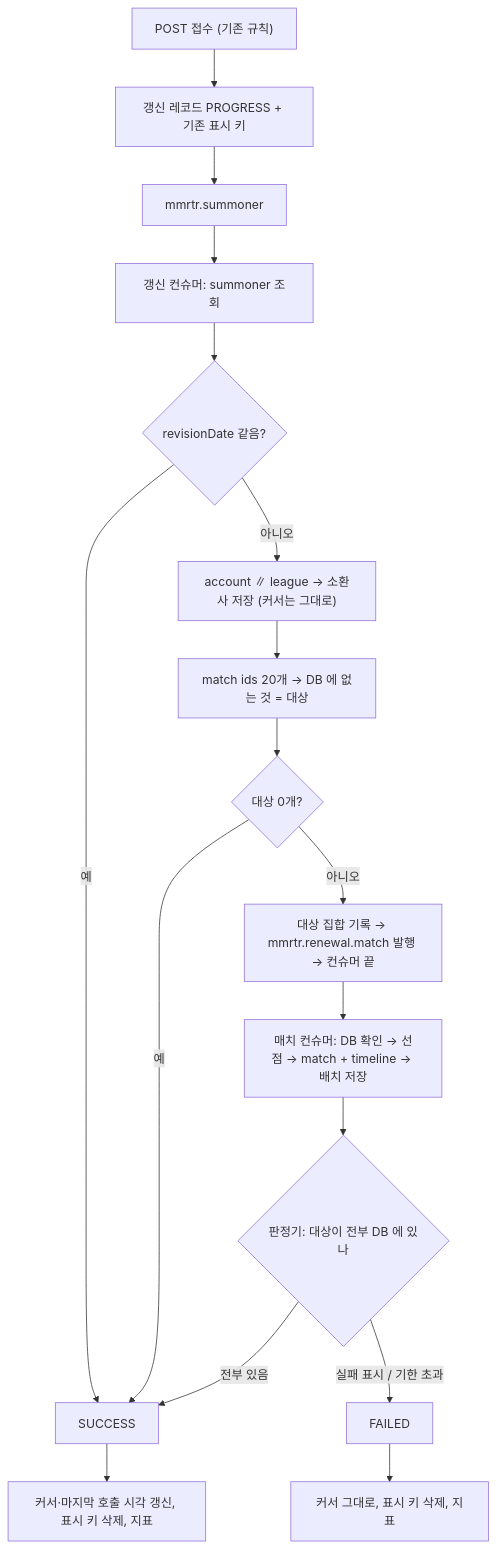
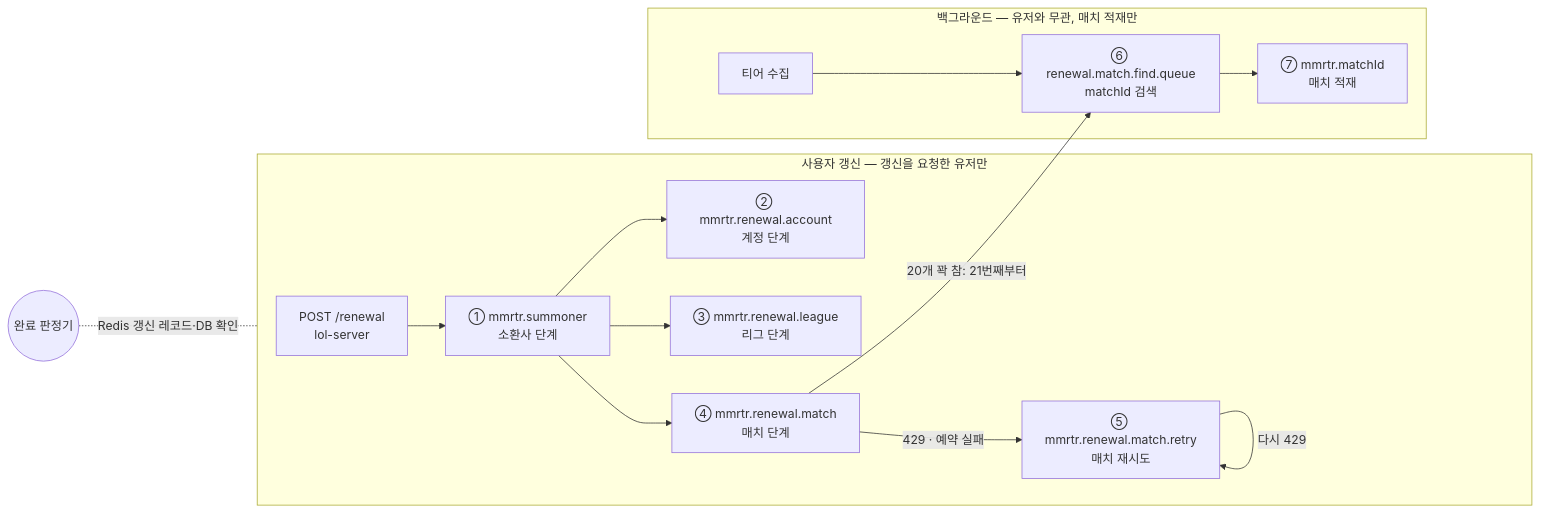
Before and after one commit to padosol/lol-repository: the diagram in docs/superpowers/specs/2026-11-03-renewal-completion-design.md, drawn with Mermaid. The commit also changed other lines of this file, not shown here.

````diff
--- a/docs/superpowers/specs/2026-11-03-renewal-completion-design.md
+++ b/docs/superpowers/specs/2026-11-03-renewal-completion-design.md
@@ -74,19 +84,17 @@
 ```mermaid
-flowchart TD
-    A["POST 접수 (기존 규칙)"] --> B["갱신 레코드 PROGRESS + 기존 표시 키"]
-    B --> C["mmrtr.summoner"]
-    C --> D["갱신 컨슈머: summoner 조회"]
-    D --> E{"revisionDate 같음?"}
-    E -- 예 --> S["SUCCESS"]
-    E -- 아니오 --> F["account ∥ league → 소환사 저장 (커서는 그대로)"]
-    F --> G["match ids 20개 → DB 에 없는 것 = 대상"]
-    G --> H{"대상 0개?"}
-    H -- 예 --> S
-    H -- 아니오 --> I["대상 집합 기록 → mmrtr.renewal.match 발행 → 컨슈머 끝"]
-    I --> J["매치 컨슈머: DB 확인 → 선점 → match + timeline → 배치 저장"]
-    J --> K{"판정기: 대상이 전부 DB 에 있나"}
-    K -- 전부 있음 --> S
-    K -- "실패 표시 / 기한 초과" --> X["FAILED"]
-    S --> T["커서·마지막 호출 시각 갱신, 표시 키 삭제, 지표"]
-    X --> U["커서 그대로, 표시 키 삭제, 지표"]
+flowchart LR
+    subgraph USER["사용자 갱신 — 갱신을 요청한 유저만"]
+        P["POST /renewal<br/>lol-server"] --> Q1["① mmrtr.summoner<br/>소환사 단계"]
+        Q1 --> Q2["② mmrtr.renewal.account<br/>계정 단계"]
+        Q1 --> Q3["③ mmrtr.renewal.league<br/>리그 단계"]
+        Q1 --> Q4["④ mmrtr.renewal.match<br/>매치 단계"]
+        Q4 -- "429 · 예약 실패" --> Q5["⑤ mmrtr.renewal.match.retry<br/>매치 재시도"]
+        Q5 -- "다시 429" --> Q5
+    end
+    subgraph BG["백그라운드 — 유저와 무관, 매치 적재만"]
+        T["티어 수집"] --> Q6["⑥ renewal.match.find.queue<br/>matchId 검색"]
+        Q6 --> Q7["⑦ mmrtr.matchId<br/>매치 적재"]
+    end
+    Q4 -- "20개 꽉 참: 21번째부터" --> Q6
+    J(("완료 판정기")) -. "Redis 갱신 레코드·DB 확인" .- USER
 ```
````
